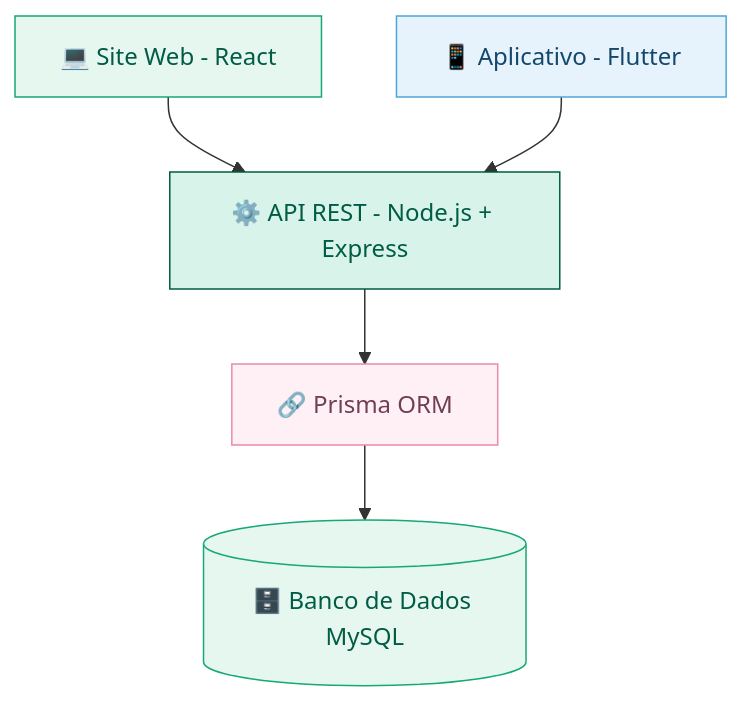
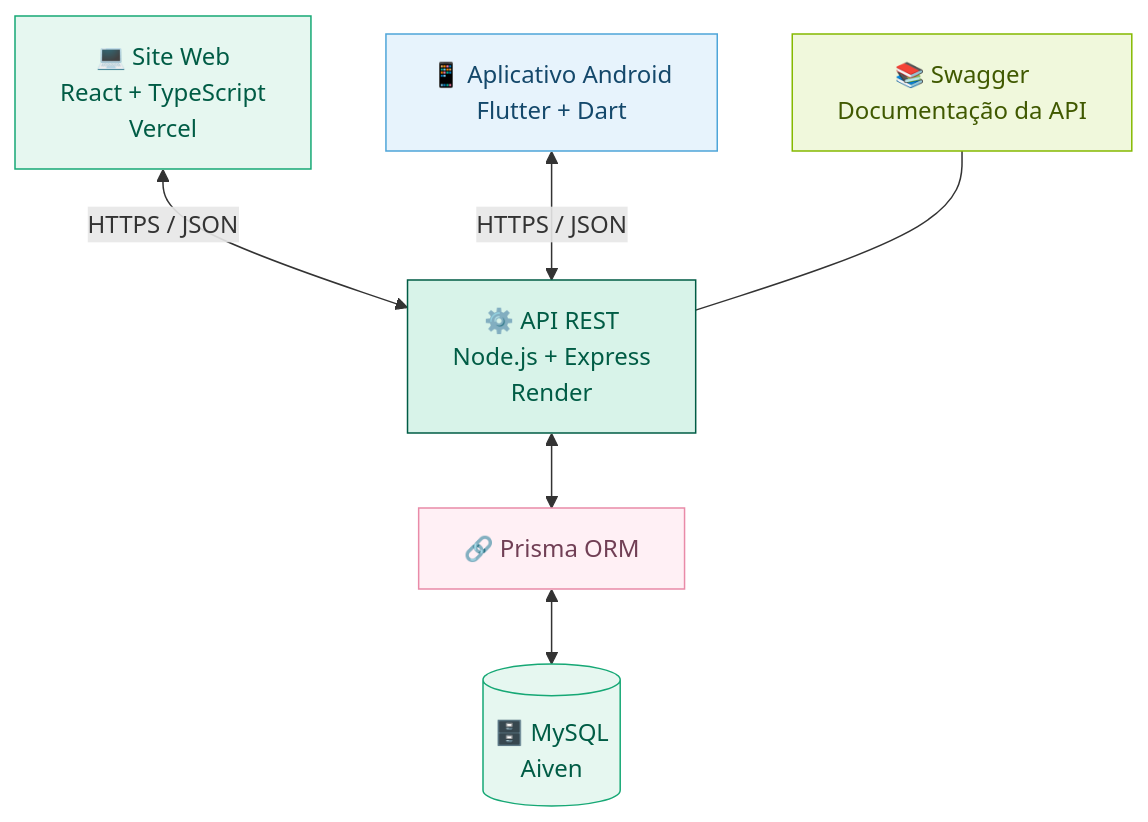
One commit to Carollina-Ferreira/Sate changed the first of 4 diagrams in README.md. Above: the diagram before and after it, drawn with Mermaid. The commit also changed other lines of this file, not shown here.

````diff
--- a/README.md
+++ b/README.md
@@ -135,13 +299,22 @@
 ```mermaid
 flowchart TD
-    A["💻 Site Web - React"] --> C["⚙️ API REST - Node.js + Express"]
-    B["📱 Aplicativo - Flutter"] --> C
-    C --> D["🔗 Prisma ORM"]
-    D --> E[("🗄️ Banco de Dados MySQL")]
+    A["💻 Site Web<br/>React + TypeScript<br/>Vercel"]
+    B["📱 Aplicativo Android<br/>Flutter + Dart"]
+    C["⚙️ API REST<br/>Node.js + Express<br/>Render"]
+    D["🔗 Prisma ORM"]
+    E[("🗄️ MySQL<br/>Aiven")]
+    F["📚 Swagger<br/>Documentação da API"]
+
+    A <-->|HTTPS / JSON| C
+    B <-->|HTTPS / JSON| C
+    F --- C
+    C <--> D
+    D <--> E
 
     style A fill:#E6F7F0,stroke:#16A875,color:#005C45
     style B fill:#E7F3FC,stroke:#4EA5D9,color:#14486B
     style C fill:#D8F3E9,stroke:#005C45,color:#005C45
     style D fill:#FFF0F5,stroke:#E98BA8,color:#713F55
     style E fill:#E6F7F0,stroke:#16A875,color:#005C45
+    style F fill:#F0F8DC,stroke:#85B900,color:#405900
 ```
````
